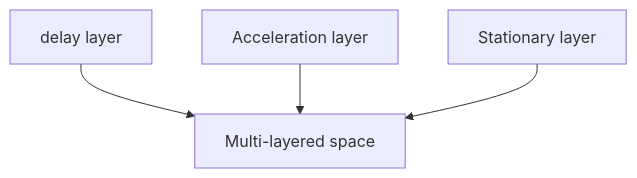
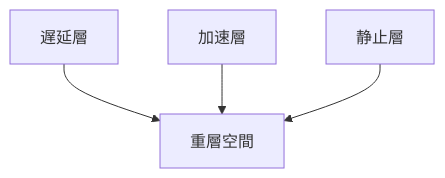
Before and after one commit to monumental-movement/monumental-movement.github.io: the second of 2 diagrams in en/_posts/2025-12-18-column-avant-garde metal-experimental-metal.md, drawn with Mermaid. The commit also changed other lines of this file and 2196 other files, not shown here.

```diff
--- a/en/_posts/2025-12-18-column-avant-garde metal-experimental-metal.md
+++ b/en/_posts/2025-12-18-column-avant-garde metal-experimental-metal.md
@@ -145,6 +145,6 @@
 <div class="mermaid">
 flowchart TD
-    A["delay layer"] --> D["Multi-layered space"]
-    B["Acceleration layer"] --> D
-    C["Stationary layer"] --> D
+    A["遅延層"] --> D["重層空間"]
+    B["加速層"] --> D
+    C["静止層"] --> D
 </div>
```
